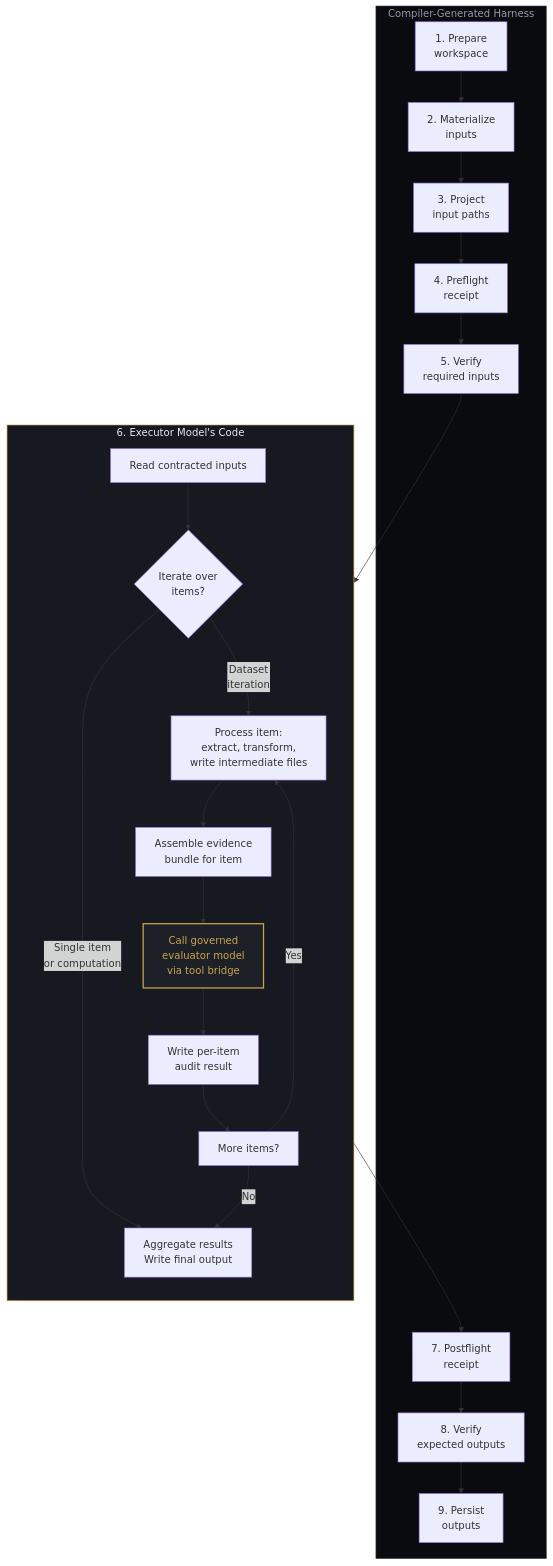
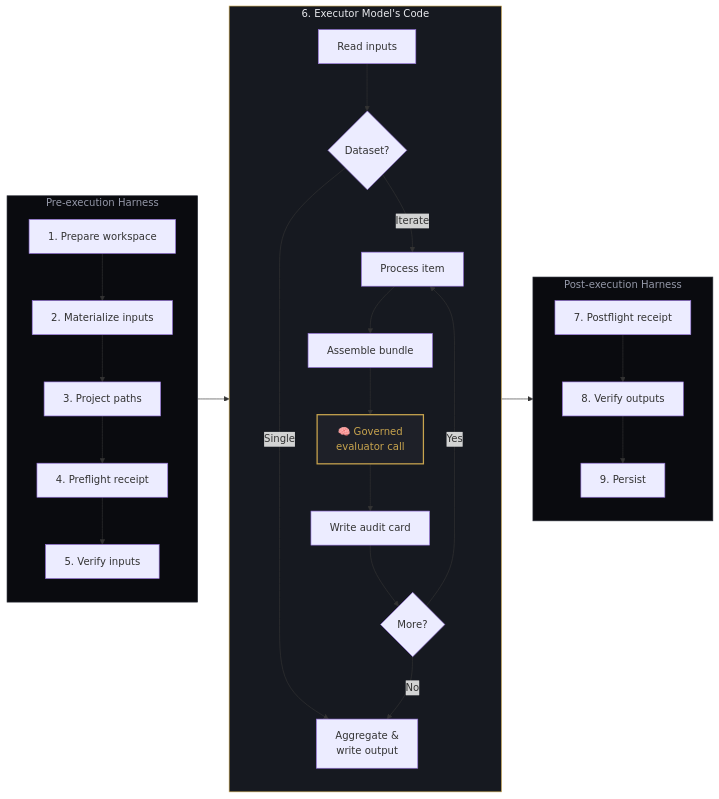
Before and after one commit to amadalis-ai/forge-architecture: the second of 6 diagrams in docs/diagrams-draft.md, drawn with Mermaid.

Commit message:
Redesign step harness diagram: horizontal 3-column layout

````diff
--- a/docs/diagrams-draft.md
+++ b/docs/diagrams-draft.md
@@ -47,41 +47,45 @@
 ```mermaid
-flowchart TB
-    subgraph HARNESS["Compiler-Generated Harness"]
-        H1["1. Prepare\nworkspace"]
-        H2["2. Materialize\ninputs"]
-        H3["3. Project\ninput paths"]
-        H4["4. Preflight\nreceipt"]
-        H5["5. Verify\nrequired inputs"]
-        H7["7. Postflight\nreceipt"]
-        H8["8. Verify\nexpected outputs"]
-        H9["9. Persist\noutputs"]
+flowchart LR
+    subgraph PRE["Pre-execution Harness"]
+        direction TB
+        H1["1. Prepare workspace"]
+        H2["2. Materialize inputs"]
+        H3["3. Project paths"]
+        H4["4. Preflight receipt"]
+        H5["5. Verify inputs"]
+        H1 --> H2 --> H3 --> H4 --> H5
     end
 
     subgraph EXEC["6. Executor Model's Code"]
         direction TB
-        E1["Read contracted inputs"]
-        E2{"Iterate over\nitems?"}
-        E3["Process item:\nextract, transform,\nwrite intermediate files"]
-        E4["Assemble evidence\nbundle for item"]
-        E5["Call governed\nevaluator model\nvia tool bridge"]
-        E6["Write per-item\naudit result"]
-        E7["More items?"]
-        E8["Aggregate results\nWrite final output"]
+        E1["Read inputs"]
+        E2{"Dataset?"}
+        E3["Process item"]
+        E4["Assemble bundle"]
+        E5["🧠 Governed\nevaluator call"]
+        E6["Write audit card"]
+        E7{"More?"}
+        E8["Aggregate &\nwrite output"]
 
         E1 --> E2
-        E2 -->|"Single item\nor computation"| E8
-        E2 -->|"Dataset\niteration"| E3
-        E3 --> E4
-        E4 --> E5
-        E5 --> E6
-        E6 --> E7
+        E2 -->|Single| E8
+        E2 -->|Iterate| E3 --> E4 --> E5 --> E6 --> E7
         E7 -->|Yes| E3
         E7 -->|No| E8
     end
 
-    H1 --> H2 --> H3 --> H4 --> H5 --> EXEC --> H7 --> H8 --> H9
+    subgraph POST["Post-execution Harness"]
+        direction TB
+        H7["7. Postflight receipt"]
+        H8["8. Verify outputs"]
+        H9["9. Persist"]
+        H7 --> H8 --> H9
+    end
 
-    style HARNESS fill:#0a0b0f,stroke:#2a2d38,color:#9498a8
+    PRE --> EXEC --> POST
+
+    style PRE fill:#0a0b0f,stroke:#2a2d38,color:#9498a8
     style EXEC fill:#161920,stroke:#c8a44e,color:#e8e9ed
+    style POST fill:#0a0b0f,stroke:#2a2d38,color:#9498a8
     style E5 fill:#1e2028,stroke:#c8a44e,color:#c8a44e,stroke-width:2px
 ```
````
